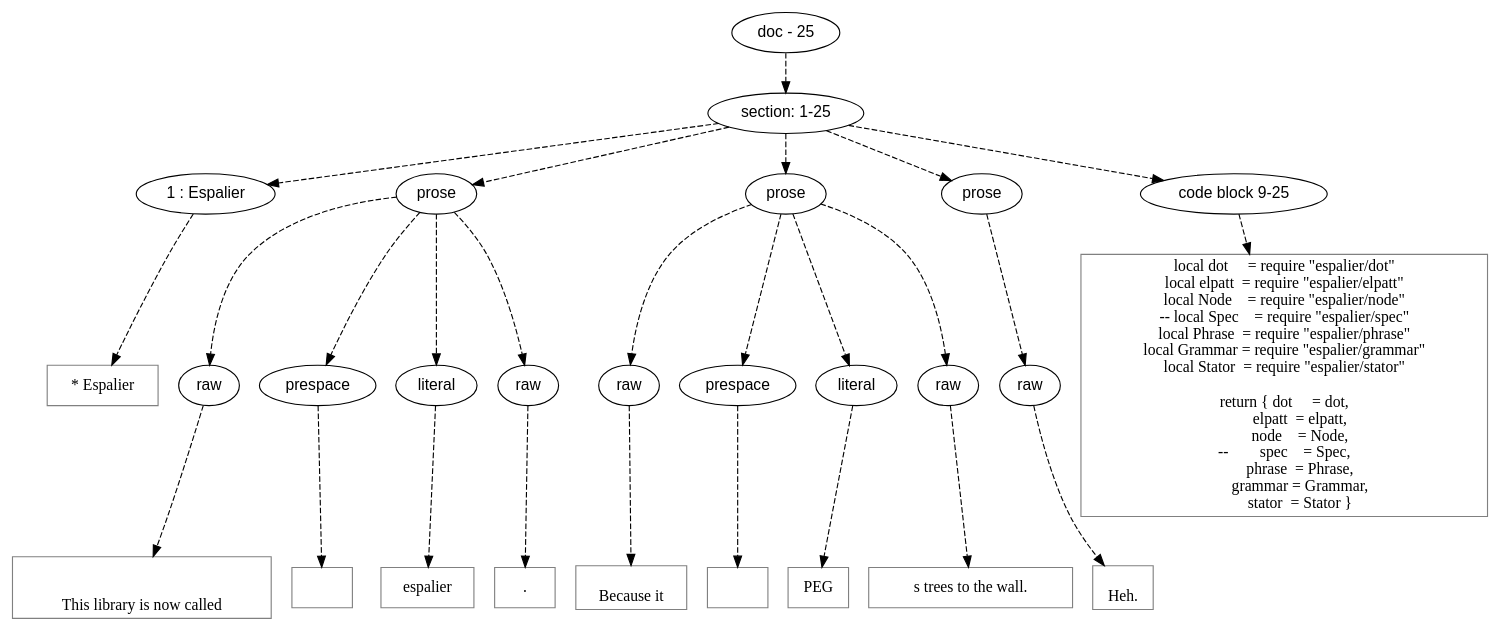
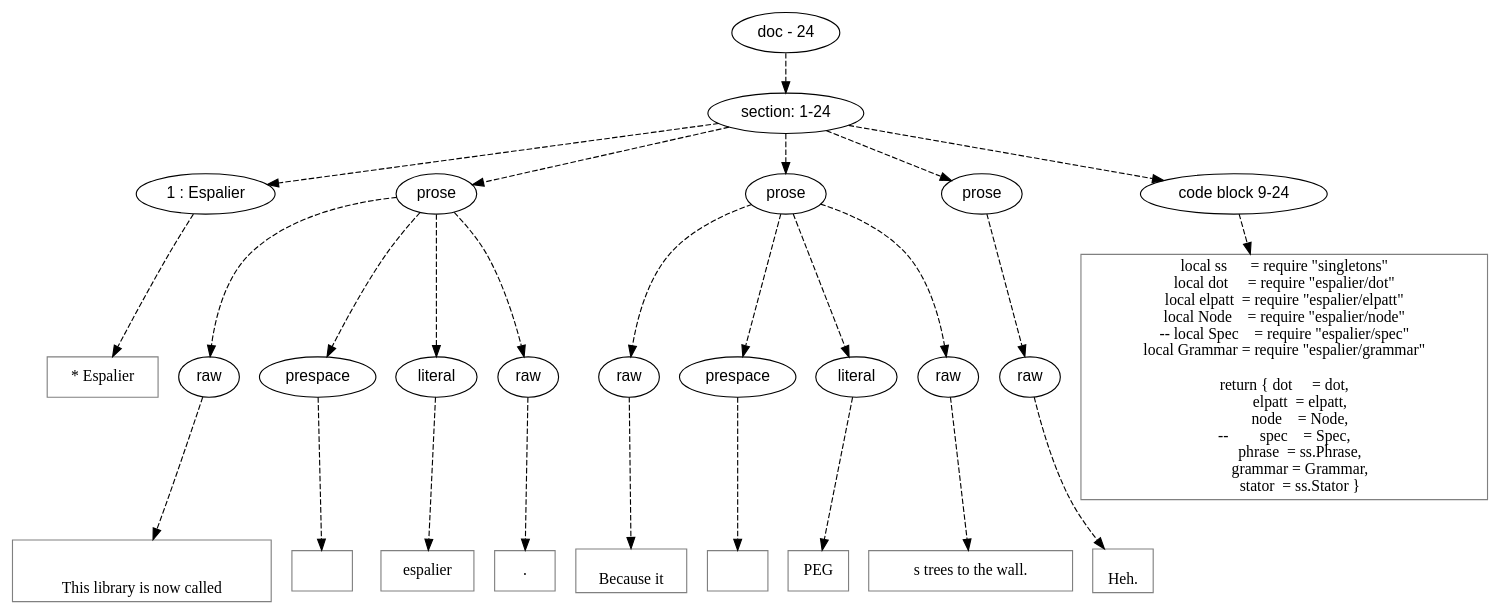
Before and after one commit to orb-lang/espalier: the diagram in doc/dot/espalier.dot, drawn with Graphviz. The commit also changed 11 other files, not shown here.

```diff
--- a/doc/dot/espalier.dot
+++ b/doc/dot/espalier.dot
@@ -1,135 +1,134 @@
 digraph lpegNode {
 
 node [fontname=Helvetica]
 edge [style=dashed]
 
-doc_0 [label="doc - 25"]
+doc_0 [label="doc - 24"]
 
 
 doc_0 -> { section_1}
 {rank=same; section_1}
 
-section_1 [label="section: 1-25"]
+section_1 [label="section: 1-24"]
 
 
 // END RANK doc_0
 
 section_1 -> { header_2 prose_3 prose_4 prose_5 codeblock_6}
 {rank=same; header_2 prose_3 prose_4 prose_5 codeblock_6}
 
 header_2 [label="1 : Espalier"]
 
 prose_3 [label="prose"]
 
 prose_4 [label="prose"]
 
 prose_5 [label="prose"]
 
-codeblock_6 [label="code block 9-25"]
+codeblock_6 [label="code block 9-24"]
 
 
 // END RANK section_1
 
 header_2 -> leaf_7
 leaf_7  [color=Gray,shape=rectangle,fontname=Inconsolata,label="* Espalier"]
 // END RANK header_2
 
 prose_3 -> { raw_8 prespace_9 literal_10 raw_11}
 {rank=same; raw_8 prespace_9 literal_10 raw_11}
 
 raw_8 [label="raw"]
 
 prespace_9 [label="prespace"]
 
 literal_10 [label="literal"]
 
 raw_11 [label="raw"]
 
 
 // END RANK prose_3
 
 raw_8 -> leaf_12
 leaf_12  [color=Gray,shape=rectangle,fontname=Inconsolata,label="
 
 This library is now called"]
 // END RANK raw_8
 
 prespace_9 -> leaf_13
 leaf_13  [color=Gray,shape=rectangle,fontname=Inconsolata,label=" "]
 // END RANK prespace_9
 
 literal_10 -> leaf_14
 leaf_14  [color=Gray,shape=rectangle,fontname=Inconsolata,label="espalier"]
 // END RANK literal_10
 
 raw_11 -> leaf_15
 leaf_15  [color=Gray,shape=rectangle,fontname=Inconsolata,label=".
 "]
 // END RANK raw_11
 
 prose_4 -> { raw_16 prespace_17 literal_18 raw_19}
 {rank=same; raw_16 prespace_17 literal_18 raw_19}
 
 raw_16 [label="raw"]
 
 prespace_17 [label="prespace"]
 
 literal_18 [label="literal"]
 
 raw_19 [label="raw"]
 
 
 // END RANK prose_4
 
 raw_16 -> leaf_20
 leaf_20  [color=Gray,shape=rectangle,fontname=Inconsolata,label="
 Because it"]
 // END RANK raw_16
 
 prespace_17 -> leaf_21
 leaf_21  [color=Gray,shape=rectangle,fontname=Inconsolata,label=" "]
 // END RANK prespace_17
 
 literal_18 -> leaf_22
 leaf_22  [color=Gray,shape=rectangle,fontname=Inconsolata,label="PEG"]
 // END RANK literal_18
 
 raw_19 -> leaf_23
 leaf_23  [color=Gray,shape=rectangle,fontname=Inconsolata,label="s trees to the wall.
 "]
 // END RANK raw_19
 
 prose_5 -> { raw_24}
 {rank=same; raw_24}
 
 raw_24 [label="raw"]
 
 
 // END RANK prose_5
 
 raw_24 -> leaf_25
 leaf_25  [color=Gray,shape=rectangle,fontname=Inconsolata,label="
 Heh.
 "]
 // END RANK raw_24
 
 codeblock_6 -> leaf_26
-leaf_26  [color=Gray,shape=rectangle,fontname=Inconsolata,label="local dot     = require \"espalier/dot\"
+leaf_26  [color=Gray,shape=rectangle,fontname=Inconsolata,label="local ss      = require \"singletons\"
+local dot     = require \"espalier/dot\"
 local elpatt  = require \"espalier/elpatt\"
 local Node    = require \"espalier/node\"
 -- local Spec    = require \"espalier/spec\"
-local Phrase  = require \"espalier/phrase\"
 local Grammar = require \"espalier/grammar\"
-local Stator  = require \"espalier/stator\"
 
 return { dot     = dot,
          elpatt  = elpatt,
          node    = Node,
  --        spec    = Spec,
-         phrase  = Phrase,
+         phrase  = ss.Phrase,
          grammar = Grammar,
-         stator  = Stator }"]
+         stator  = ss.Stator }"]
 // END RANK codeblock_6
 
 
 }
```
